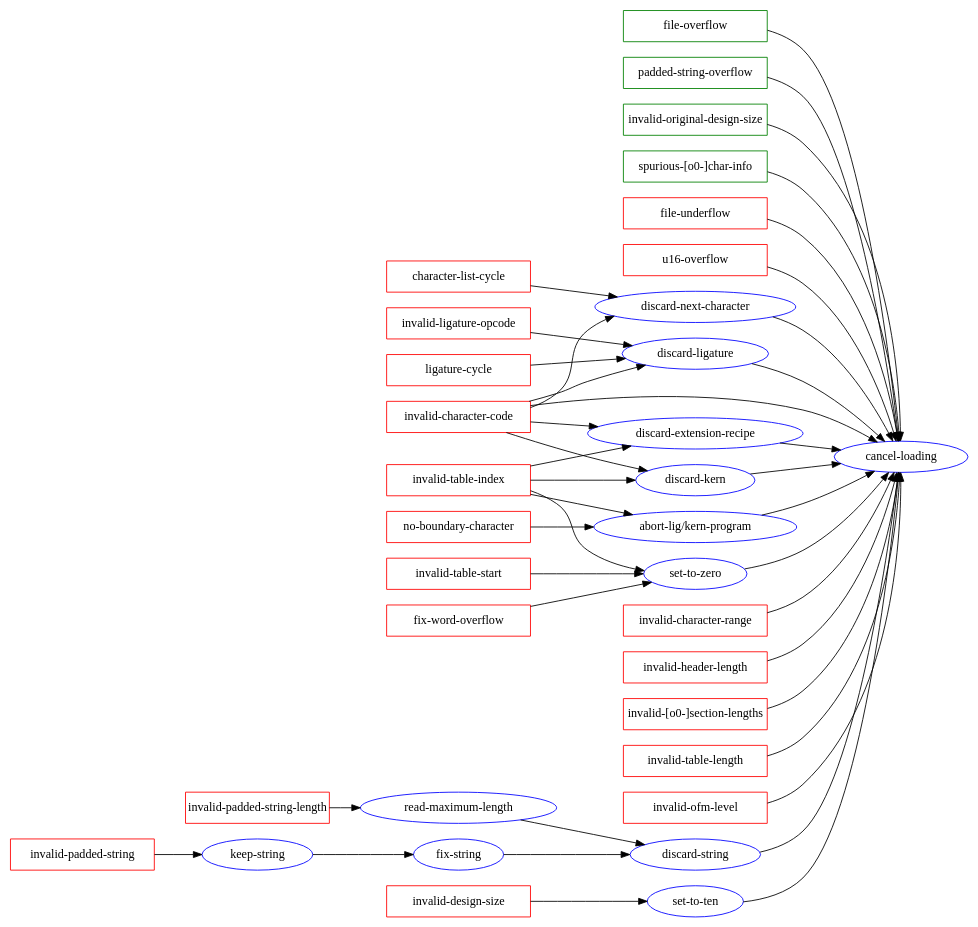
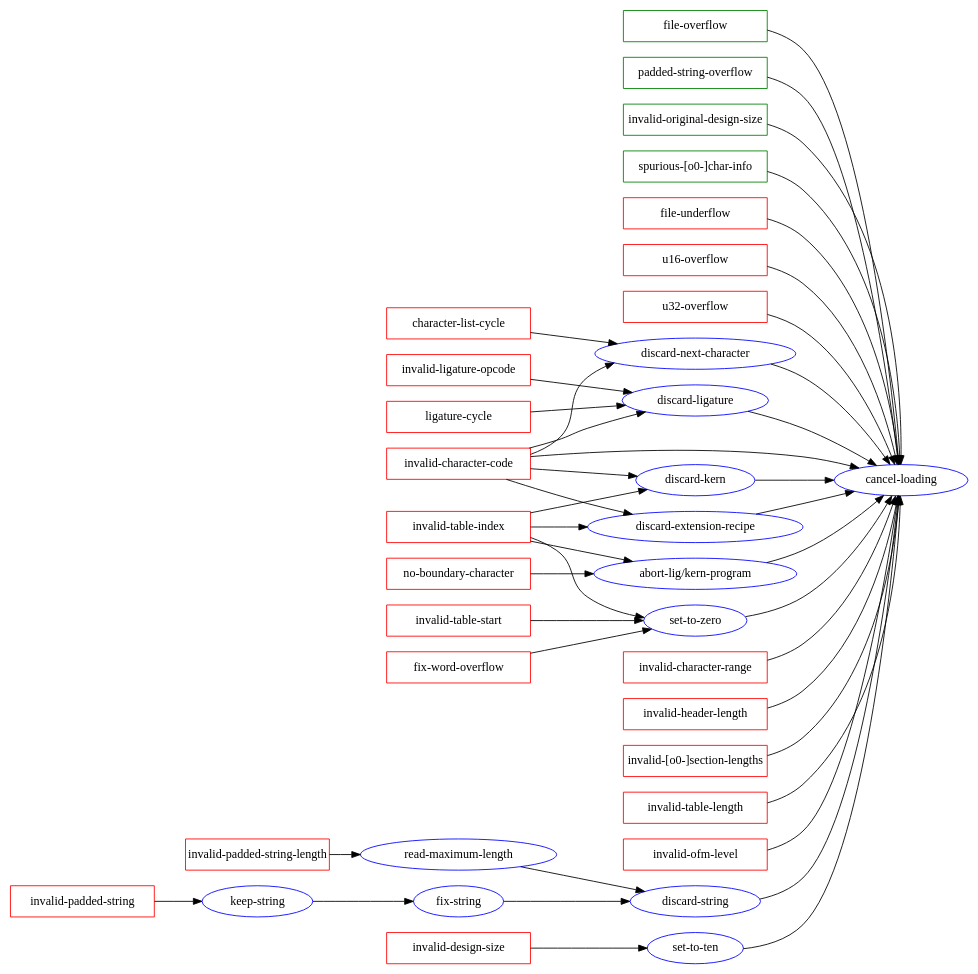
The diagram in doc/conditions.dot (didierverna/tfm), drawn with Graphviz before and after one commit.

Commit message:
Documentation update.
2025-01-10  Didier Verna  <didier@didierverna.net>

	* doc/conditions.dot: Add the U32-OVERFLOW condition.

```diff
--- a/doc/conditions.dot
+++ b/doc/conditions.dot
@@ -1,50 +1,51 @@
 strict digraph {
   rankdir=LR;
   node [shape=ellipse color=blue]
 
 
 
   "file-overflow", "padded-string-overflow", "invalid-original-design-size",
   "spurious-[o0-]char-info"
   [shape=box color=green fixedsize=true width=2.3]
 
-  "character-list-cycle", "file-underflow", "u16-overflow",
+  "character-list-cycle", "file-underflow", "u16-overflow", "u32-overflow",
   "fix-word-overflow", "invalid-padded-string",
   "invalid-character-code", "invalid-character-range", "invalid-design-size",
   "invalid-header-length", "invalid-ligature-opcode",
   "invalid-[o0-]section-lengths", "invalid-padded-string-length", "invalid-table-index",
   "invalid-table-length", "invalid-table-start", "ligature-cycle",
   "no-boundary-character",
   "invalid-ofm-level"
   [shape=box color=red fixedsize=true width=2.3]
 
   "invalid-ofm-level" -> "cancel-loading";
   "file-overflow" -> "cancel-loading";
   "invalid-original-design-size" -> "cancel-loading";
   "file-underflow" -> "cancel-loading";
   "u16-overflow" -> "cancel-loading";
+  "u32-overflow" -> "cancel-loading";
   "invalid-header-length" -> "cancel-loading";
   "invalid-[o0-]section-lengths" -> "cancel-loading";
   "invalid-table-length" -> "cancel-loading";
   "invalid-character-range" -> "cancel-loading";
   "character-list-cycle" -> "discard-next-character" -> "cancel-loading";
   "fix-word-overflow" -> "set-to-zero" -> "cancel-loading";
   "invalid-padded-string" -> "keep-string" -> "fix-string" -> "discard-string" -> "cancel-loading";
   "invalid-padded-string-length" -> "read-maximum-length" -> "discard-string" -> "cancel-loading";
   "padded-string-overflow" -> "cancel-loading";
   "spurious-[o0-]char-info" -> "cancel-loading";
   "invalid-character-code" -> "cancel-loading";
   "invalid-character-code" -> "discard-extension-recipe" -> "cancel-loading";
   "invalid-character-code" -> "discard-kern" -> "cancel-loading";
   "invalid-character-code" -> "discard-ligature" -> "cancel-loading";
   "invalid-character-code" -> "discard-next-character" -> "cancel-loading";
   "no-boundary-character" -> "abort-lig/kern-program" -> "cancel-loading";
   "invalid-design-size" -> "set-to-ten" -> "cancel-loading";
   "invalid-ligature-opcode" -> "discard-ligature" -> "cancel-loading";
   "invalid-table-index" -> "abort-lig/kern-program" -> "cancel-loading";
   "invalid-table-index" -> "discard-extension-recipe" -> "cancel-loading";
   "invalid-table-index" -> "discard-kern" -> "cancel-loading";
   "invalid-table-index" -> "set-to-zero" -> "cancel-loading";
   "invalid-table-start" -> "set-to-zero" -> "cancel-loading";
   "ligature-cycle" -> "discard-ligature" -> "cancel-loading";
 }
```
